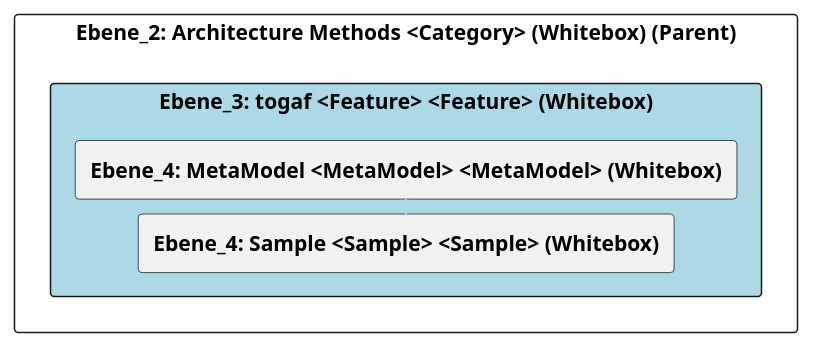
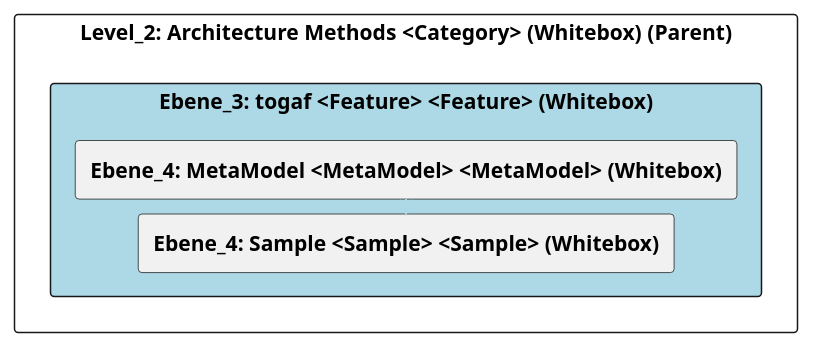
One commit to marcozwyssig/cleon changed the diagram in doc/cleonproject_deliverables_architecture_model_architecture/adoc/de/05_bausteinsicht/cleon/architecture_methods/togaf/ebene_3_togaf.adoc. Above: the diagram before and after it, drawn with PlantUML. The commit also changed other lines of this file and 169 other files, not shown here.

```diff
--- a/doc/cleonproject_deliverables_architecture_model_architecture/adoc/de/05_bausteinsicht/cleon/architecture_methods/togaf/ebene_3_togaf.adoc
+++ b/doc/cleonproject_deliverables_architecture_model_architecture/adoc/de/05_bausteinsicht/cleon/architecture_methods/togaf/ebene_3_togaf.adoc
@@ -20,28 +20,28 @@
 [plantuml, Ebene_3: togaf <Feature> <Feature> (Whitebox)BlockOverview, format="svg"]
 ----
 @startuml Ebene_3: togaf <Feature> <Feature> (Whitebox)BuildingBlockOverview
 
 skinparam ranksep 10
 skinparam componentStyle rectangle
 skinparam shadowing false
 skinparam arrowColor lightblue
 skinparam arrowThickness 1.2
 skinparam rectangle {
   BackgroundColor White
   BorderColor #333
   RoundCorner 10
 }
 top to bottom direction
 
-component "Ebene_2: Architecture Methods <Category> (Whitebox) (Parent)" {
+component "Level_2: Architecture Methods <Category> (Whitebox) (Parent)" {
     component "Ebene_3: togaf <Feature> <Feature> (Whitebox)" #lightblue {
         [**Ebene_4: MetaModel <MetaModel> <MetaModel> (Whitebox)**] as 4A56DE40_D579_11EE_903E_9F564E4DE07E
         [**Ebene_4: Sample <Sample> <Sample> (Whitebox)**] as 4A57056B_D579_11EE_903E_9F564E4DE07E
     }
 
     4A56DE40_D579_11EE_903E_9F564E4DE07E -down-> 4A57056B_D579_11EE_903E_9F564E4DE07E
     
 }
 
 @enduml
 ----
```
